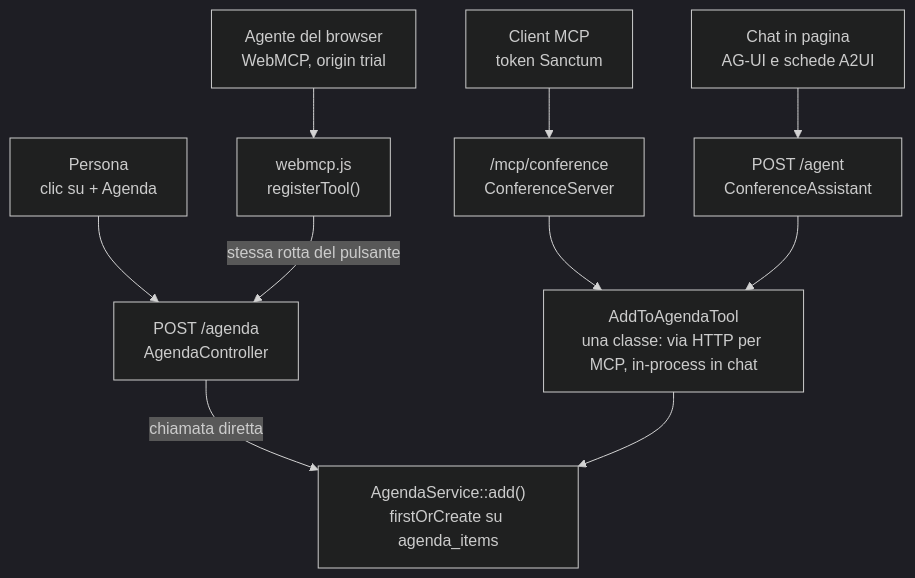
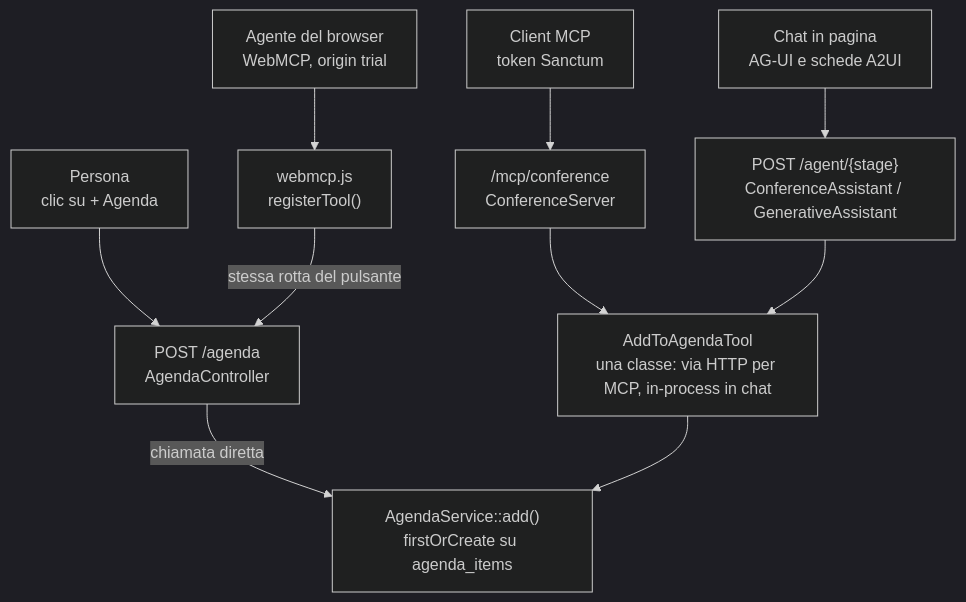
Before and after one commit to datomatic/laravelday-2026: the diagram in README.md, drawn with Mermaid (dark theme). The commit also changed other lines of this file and 158 other files, not shown here.

````diff
--- a/README.md
+++ b/README.md
@@ -33,12 +47,12 @@
 ```mermaid
 flowchart TD
     persona["Persona<br>clic su + Agenda"] --> route["POST /agenda<br>AgendaController"]
     browser["Agente del browser<br>WebMCP, origin trial"] --> webmcp["webmcp.js<br>registerTool()"]
     webmcp -- stessa rotta del pulsante --> route
     client["Client MCP<br>token Sanctum"] --> server["/mcp/conference<br>ConferenceServer"]
-    chat["Chat in pagina<br>AG-UI e schede A2UI"] --> agent["POST /agent<br>ConferenceAssistant"]
+    chat["Chat in pagina<br>AG-UI e schede A2UI"] --> agent["POST /agent/{stage}<br>ConferenceAssistant / GenerativeAssistant"]
     server --> tool["AddToAgendaTool<br>una classe: via HTTP per MCP, in-process in chat"]
     agent --> tool
     route -- chiamata diretta --> service["AgendaService::add()<br>firstOrCreate su agenda_items"]
     tool --> service
 ```
````
